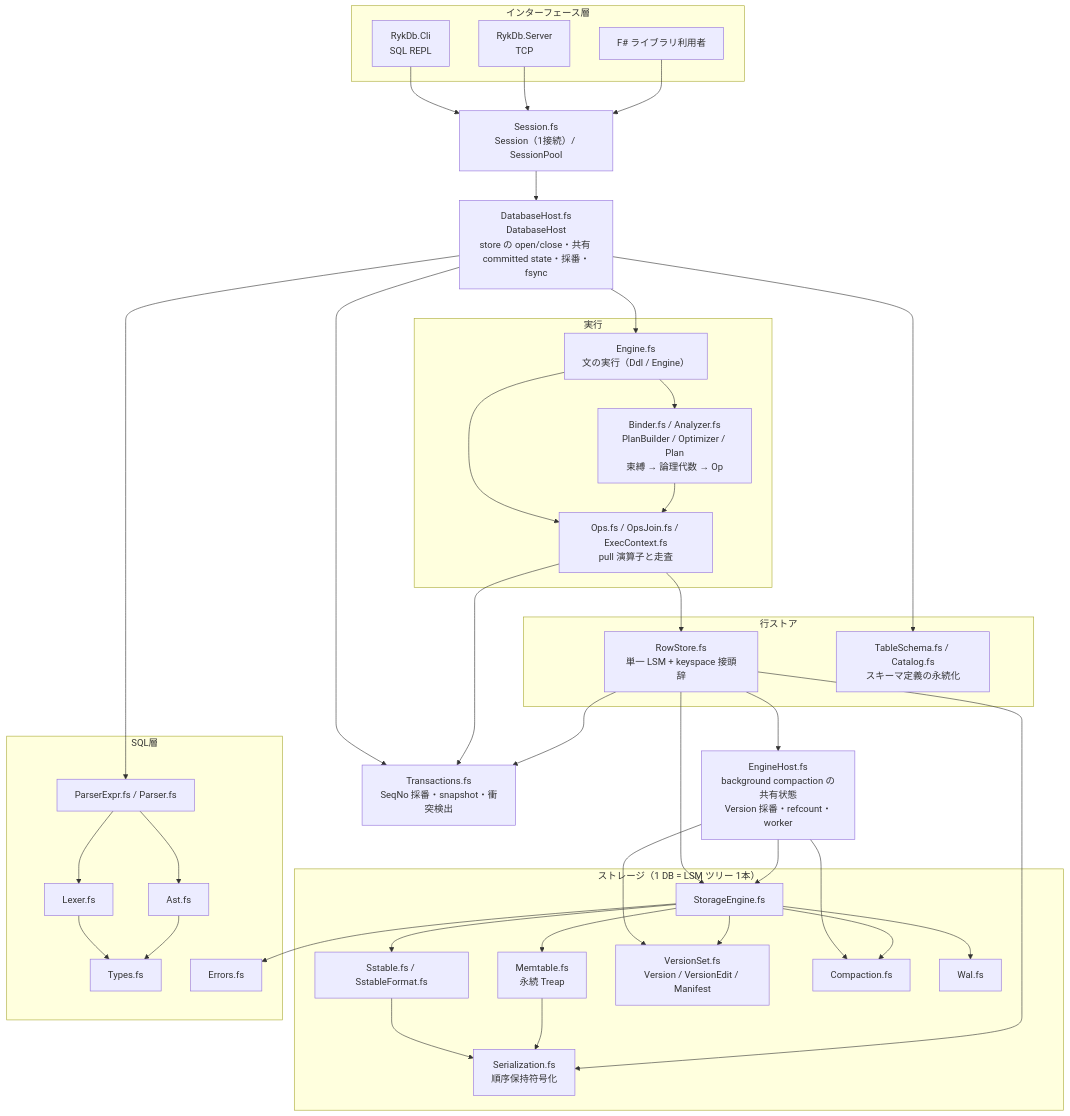
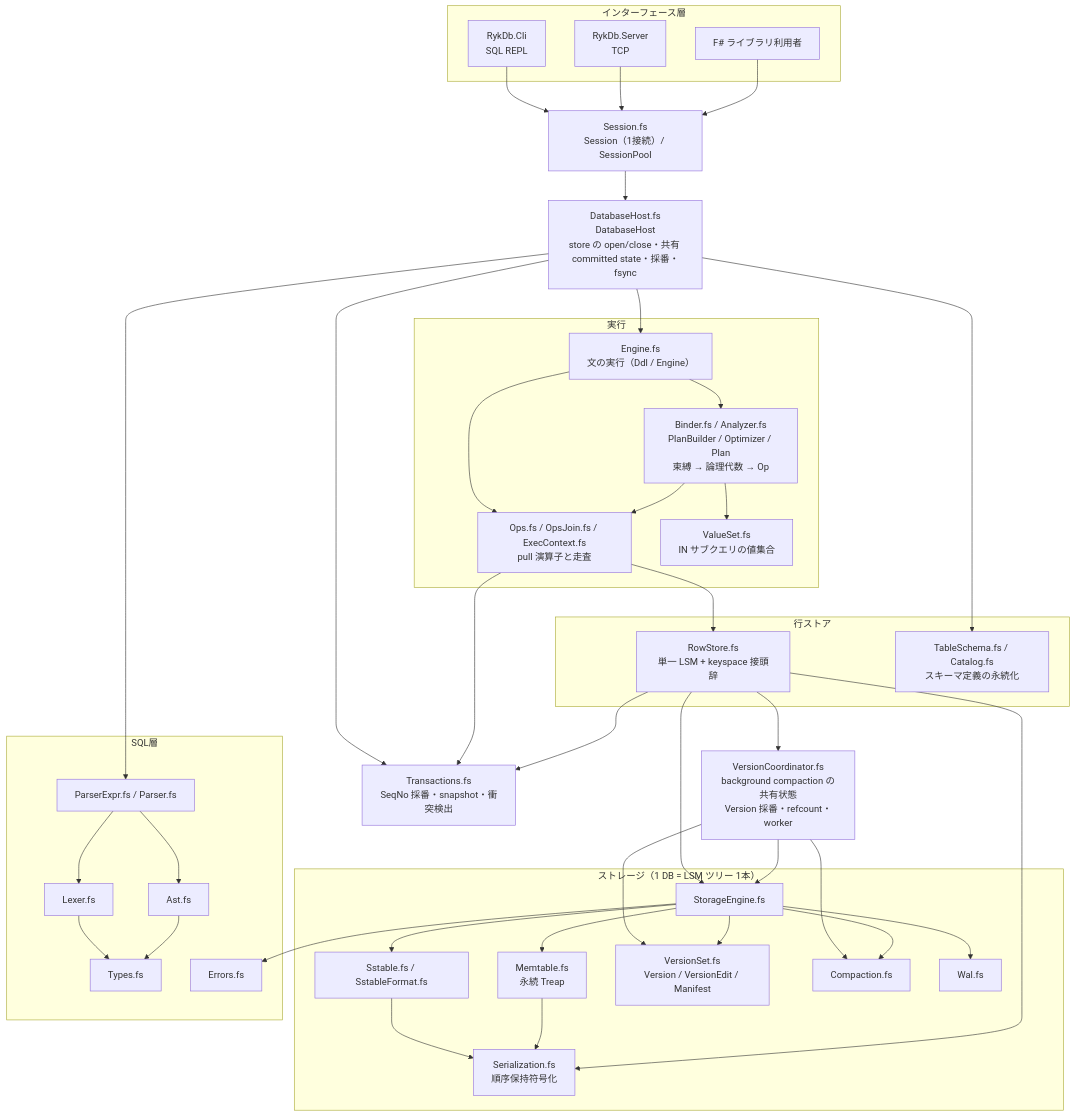
One commit to nwtks/rykdb changed the first of 2 diagrams in docs/architecture.md. Above: the diagram before and after it, drawn with Mermaid. The commit also changed other lines of this file and 35 other files, not shown here.

Commit message:
Rename EngineHost to VersionCoordinator and HostState to PublishedState; update docs, tests, and comments to reflect the new naming and clarify memory budgeting conventions.

````diff
--- a/docs/architecture.md
+++ b/docs/architecture.md
@@ -30,77 +30,79 @@
 ```mermaid
 flowchart TB
     subgraph IF["インターフェース層"]
         CLI["RykDb.Cli<br/>SQL REPL"]
         SRV["RykDb.Server<br/>TCP"]
         LIB["F# ライブラリ利用者"]
     end
 
     SESS["Session.fs<br/>Session（1接続）/ SessionPool"]
     HOST["DatabaseHost.fs<br/>DatabaseHost<br/>store の open/close・共有 committed state・採番・fsync"]
     SESS --> HOST
 
     subgraph EX["実行"]
         EN["Engine.fs<br/>文の実行（Ddl / Engine）"]
         PL["Binder.fs / Analyzer.fs<br/>PlanBuilder / Optimizer / Plan<br/>束縛 → 論理代数 → Op"]
         OPS["Ops.fs / OpsJoin.fs / ExecContext.fs<br/>pull 演算子と走査"]
+        VSET["ValueSet.fs<br/>IN サブクエリの値集合"]
     end
 
     subgraph ROW["行ストア"]
         RS["RowStore.fs<br/>単一 LSM + keyspace 接頭辞"]
         CAT["TableSchema.fs / Catalog.fs<br/>スキーマ定義の永続化"]
     end
 
-    EHOST["EngineHost.fs<br/>background compaction の共有状態<br/>Version 採番・refcount・worker"]
+    VCOORD["VersionCoordinator.fs<br/>background compaction の共有状態<br/>Version 採番・refcount・worker"]
 
     MVCC["Transactions.fs<br/>SeqNo 採番・snapshot・衝突検出"]
 
     subgraph ST["ストレージ（1 DB = LSM ツリー 1本）"]
         SE["StorageEngine.fs"]
         MEM["Memtable.fs<br/>永続 Treap"]
         SST["Sstable.fs / SstableFormat.fs"]
         VS["VersionSet.fs<br/>Version / VersionEdit / Manifest"]
         CO["Compaction.fs"]
         WAL["Wal.fs"]
         SER["Serialization.fs<br/>順序保持符号化"]
     end
 
     subgraph FE["SQL層"]
         P["ParserExpr.fs / Parser.fs"]
         L["Lexer.fs"]
         A["Ast.fs"]
         T["Types.fs"]
         E["Errors.fs"]
     end
 
     CLI --> SESS
     SRV --> SESS
     LIB --> SESS
     HOST --> EN
     HOST --> CAT
     HOST --> MVCC
     EN --> PL
     EN --> OPS
     PL --> OPS
+    PL --> VSET
     OPS --> RS
     OPS --> MVCC
     RS --> SE
     RS --> MVCC
-    RS --> EHOST
-    EHOST --> SE
-    EHOST --> CO
-    EHOST --> VS
+    RS --> VCOORD
+    VCOORD --> SE
+    VCOORD --> CO
+    VCOORD --> VS
     SE --> MEM
     SE --> SST
     SE --> VS
     SE --> CO
     SE --> WAL
     SST --> SER
     MEM --> SER
     RS --> SER
     HOST --> P
     P --> L
     P --> A
     L --> T
     A --> T
     SE --> E
 ```
````
